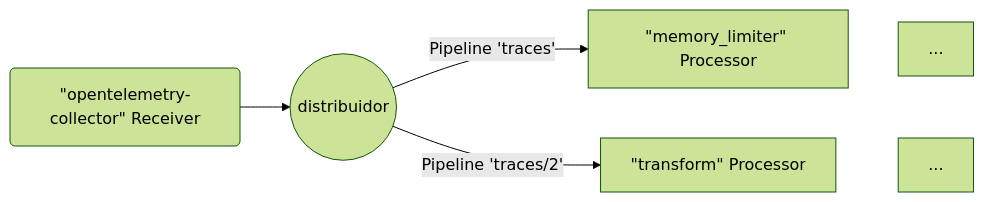
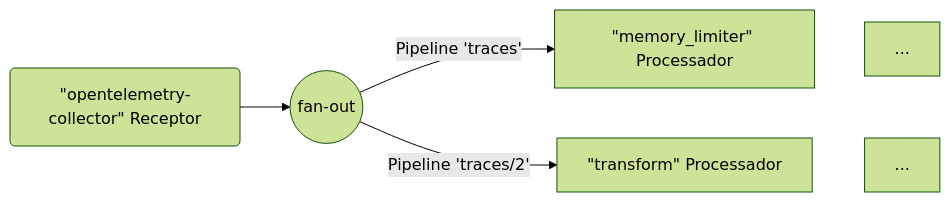
Before and after one commit to open-telemetry/opentelemetry.io: the second of 7 diagrams in content/pt/docs/collector/architecture.md, drawn with Mermaid (forest theme). The commit also changed other lines of this file, not shown here.

Commit message:
docs(pt): localize Collector architecture

````diff
--- a/content/pt/docs/collector/architecture.md
+++ b/content/pt/docs/collector/architecture.md
@@ -126,8 +127,8 @@
 ```mermaid
 flowchart LR
-  R1("`#quot;opentelemetry-collector#quot; Receiver`") --> FO((distribuidor))
-  FO -->|Pipeline 'traces'| P1["`#quot;memory_limiter#quot; Processor`"]
-  FO -->|Pipeline 'traces/2'| P2["`#quot;transform#quot; Processor`"]
+  R1("`#quot;opentelemetry-collector#quot; Receptor`") --> FO((fan-out))
+  FO -->|Pipeline 'traces'| P1["`#quot;memory_limiter#quot; Processador`"]
+  FO -->|Pipeline 'traces/2'| P2["`#quot;transform#quot; Processador`"]
   P1 ~~~ M1[...]
   P2 ~~~ M2[...]
 ```
````
